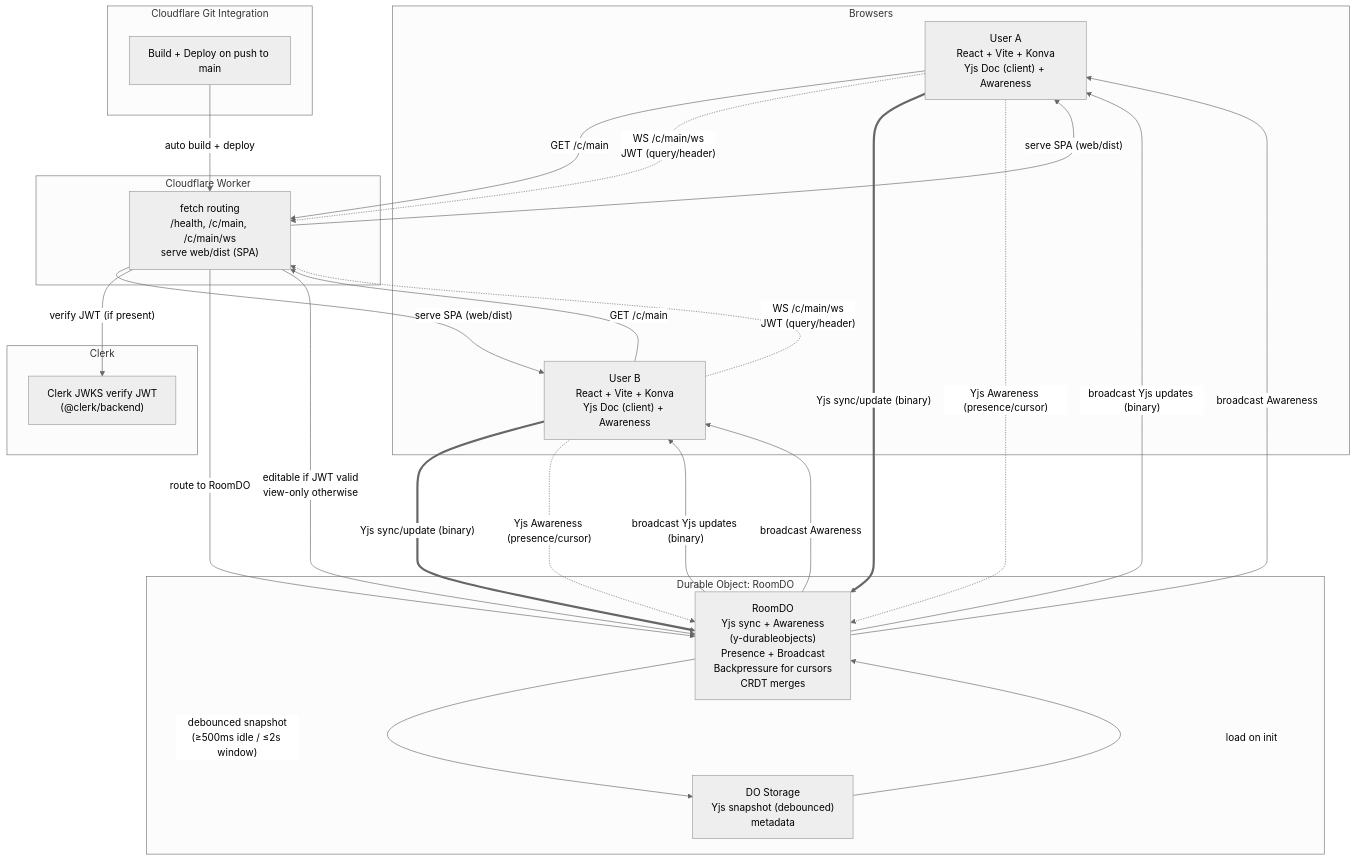
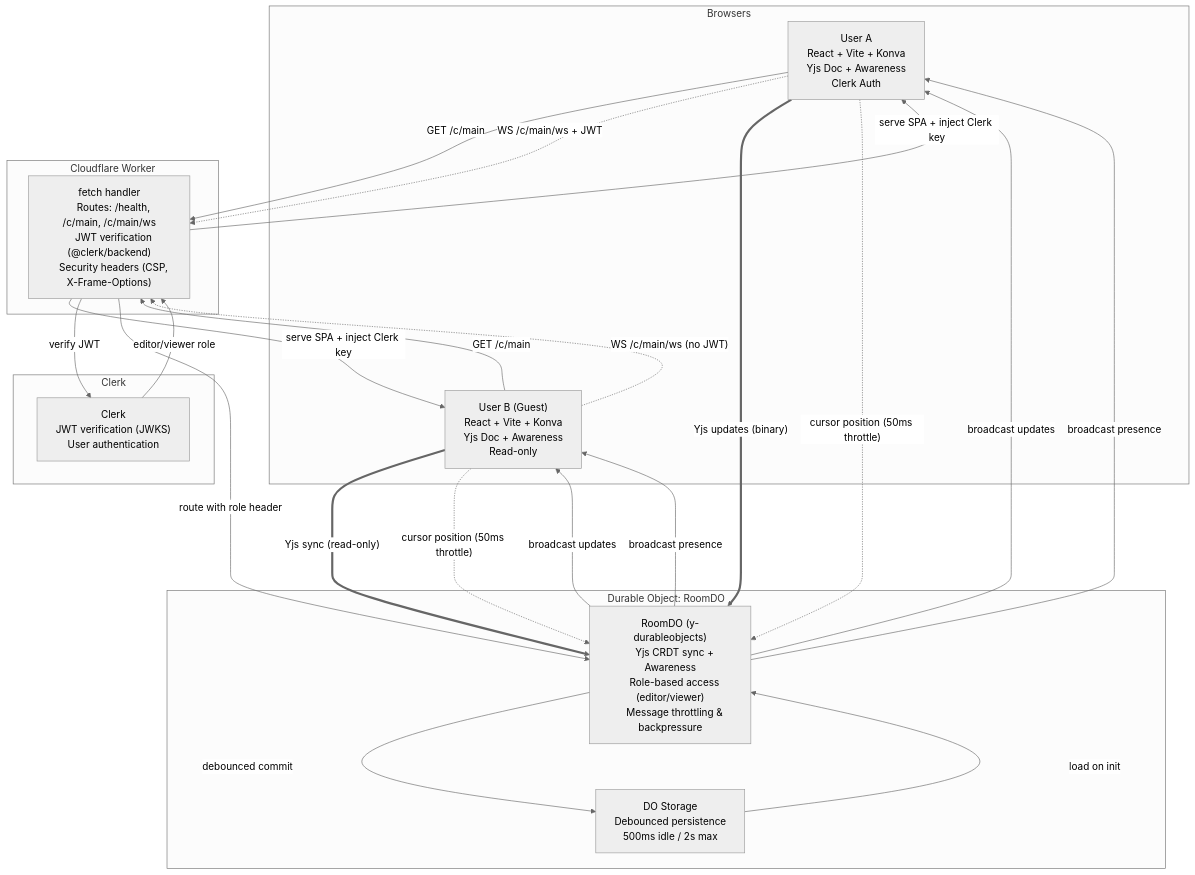
Before and after one commit to adam0white/CollabCanvas: the diagram in ARCHITECTURE.md, drawn with Mermaid (neutral theme). The commit also changed other lines of this file and 8 other files, not shown here.

First line of the commit message:
Enhance architecture documentation and improve backend security features

````diff
--- a/ARCHITECTURE.md
+++ b/ARCHITECTURE.md
@@ -3,74 +5,65 @@
 ```mermaid
 flowchart TB
   subgraph Clients[Browsers]
     A["User A
-React + Vite + Konva
-Yjs Doc (client) + Awareness"]
-    B["User B
-React + Vite + Konva
-Yjs Doc (client) + Awareness"]
+    React + Vite + Konva
+    Yjs Doc + Awareness
+    Clerk Auth"]
+    B["User B (Guest)
+    React + Vite + Konva
+    Yjs Doc + Awareness
+    Read-only"]
   end
 
   subgraph Worker[Cloudflare Worker]
-    W["fetch routing
-/health, /c/main, /c/main/ws
-serve web/dist (SPA)"]
+    W["fetch handler
+    Routes: /health, /c/main, /c/main/ws
+    JWT verification (@clerk/backend)
+    Security headers (CSP, X-Frame-Options)"]
   end
 
   subgraph Room[Durable Object: RoomDO]
-    D["RoomDO
-Yjs sync + Awareness
-(y-durableobjects)
-Presence + Broadcast
-Backpressure for cursors
-CRDT merges"]
+    D["RoomDO (y-durableobjects)
+    Yjs CRDT sync + Awareness
+    Role-based access (editor/viewer)
+    Message throttling & backpressure"]
     S["DO Storage
-Yjs snapshot (debounced)
-metadata"]
+    Debounced persistence
+    500ms idle / 2s max"]
   end
 
   subgraph Auth[Clerk]
-    K["Clerk JWKS verify JWT
-(@clerk/backend)"]
+    K["Clerk
+    JWT verification (JWKS)
+    User authentication"]
   end
 
-  subgraph CI[Cloudflare Git Integration]
-    G["Build + Deploy on push to main"]
-  end
-
-  %% HTTP SPA
+  %% HTTP flows
   A -->|"GET /c/main"| W
   B -->|"GET /c/main"| W
-  W -->|"serve SPA (web/dist)"| A
-  W -->|"serve SPA (web/dist)"| B
+  W -->|"serve SPA + inject Clerk key"| A
+  W -->|"serve SPA + inject Clerk key"| B
 
-  %% Auth + WS upgrade
-  A -.->|"WS /c/main/ws
-JWT (query/header)"| W
-  B -.->|"WS /c/main/ws
-JWT (query/header)"| W
-  W -->|"verify JWT (if present)"| K
-  W -->|"route to RoomDO"| D
+  %% WebSocket flows
+  A -.->|"WS /c/main/ws + JWT"| W
+  B -.->|"WS /c/main/ws (no JWT)"| W
+  W -->|"verify JWT"| K
+  K -->|"editor/viewer role"| W
+  W -->|"route with role header"| D
 
-  %% Yjs data flows
-  A ===>|"Yjs sync/update (binary)"| D
-  B ===>|"Yjs sync/update (binary)"| D
-  A -.->|"Yjs Awareness (presence/cursor)"| D
-  B -.->|"Yjs Awareness (presence/cursor)"| D
-  D -->|"broadcast Yjs updates (binary)"| A
-  D -->|"broadcast Yjs updates (binary)"| B
-  D -->|"broadcast Awareness"| A
-  D -->|"broadcast Awareness"| B
+  %% Yjs sync
+  A ===>|"Yjs updates (binary)"| D
+  B ===>|"Yjs sync (read-only)"| D
+  D -->|"broadcast updates"| A
+  D -->|"broadcast updates"| B
+
+  %% Awareness (presence)
+  A -.->|"cursor position (50ms throttle)"| D
+  B -.->|"cursor position (50ms throttle)"| D
+  D -->|"broadcast presence"| A
+  D -->|"broadcast presence"| B
 
   %% Persistence
-  D -->|"debounced snapshot
-(≥500ms idle / ≤2s window)"| S
+  D -->|"debounced commit"| S
   S -->|"load on init"| D
-
-  %% Edit gating
-  W -->|"editable if JWT valid
-view-only otherwise"| D
-
-  %% CI
-  G -->|"auto build + deploy"| W
 ```
````
